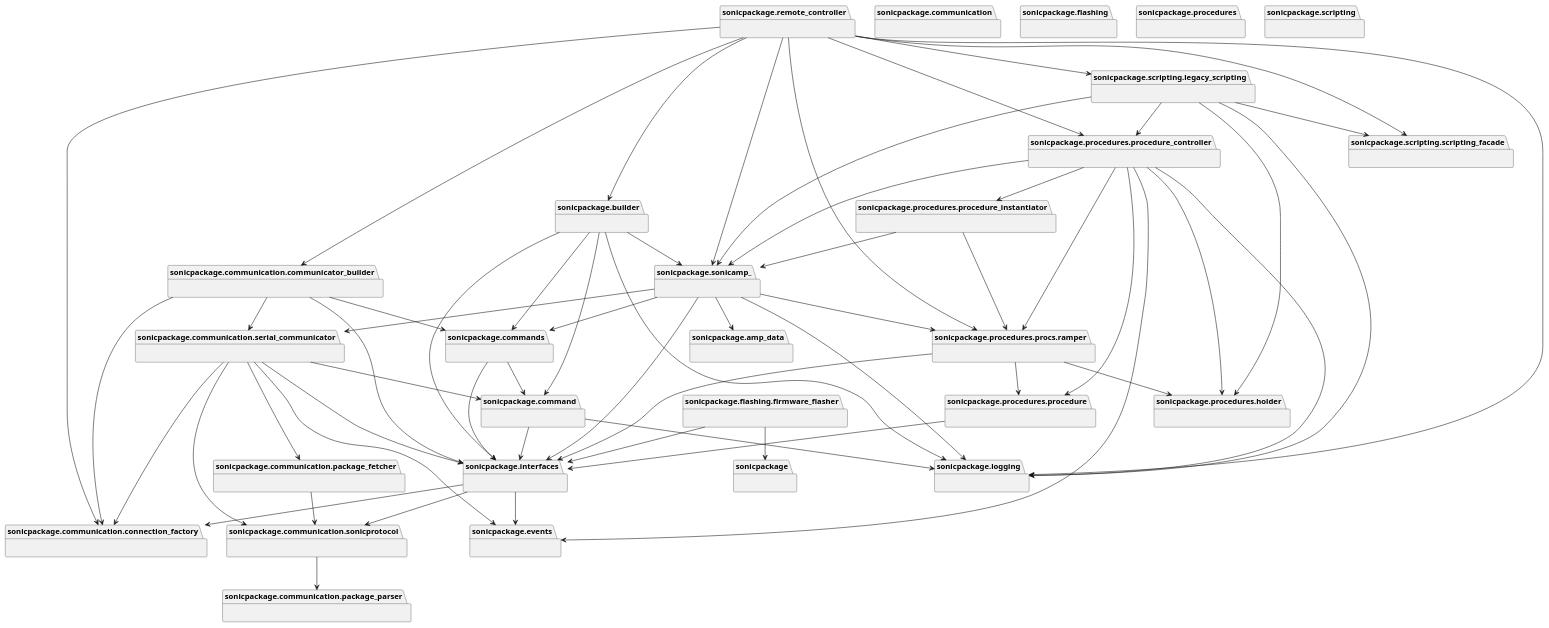
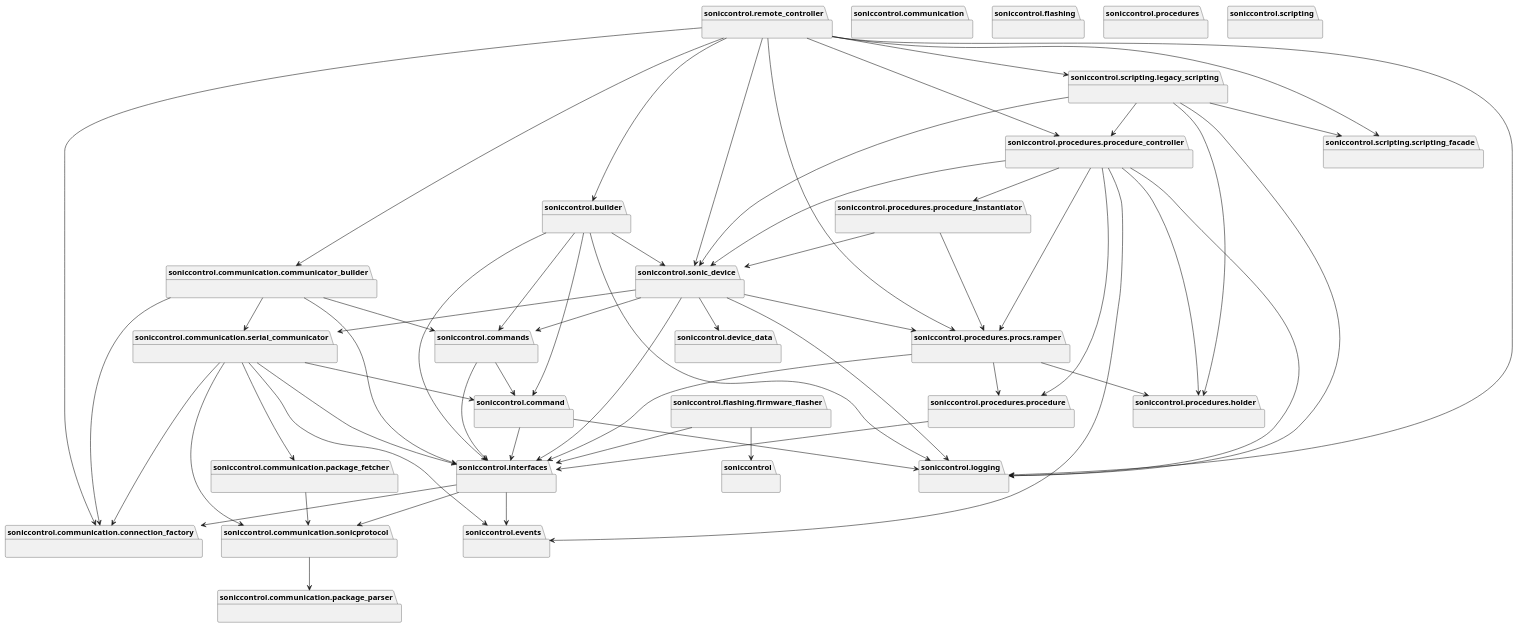
Before and after one commit to usepat/soniccontrol: the diagram in docs/diagrams/generated/packages_sonicpackage.puml, drawn with PlantUML. The commit also changed 168 other files, not shown here.

Commit message:
Changed names from sonicpackage to soniccontrol and from sonicamp to sonic_device.

```diff
--- a/docs/diagrams/generated/packages_sonicpackage.puml
+++ b/docs/diagrams/generated/packages_sonicpackage.puml
@@ -1,118 +1,118 @@
-@startuml packages_sonicpackage
+@startuml packages_soniccontrol
 set namespaceSeparator none
-package "sonicpackage" as sonicpackage {
+package "soniccontrol" as soniccontrol {
 }
-package "sonicpackage.amp_data" as sonicpackage.amp_data {
+package "soniccontrol.device_data" as soniccontrol.device_data {
 }
-package "sonicpackage.builder" as sonicpackage.builder {
+package "soniccontrol.builder" as soniccontrol.builder {
 }
-package "sonicpackage.command" as sonicpackage.command {
+package "soniccontrol.command" as soniccontrol.command {
 }
-package "sonicpackage.commands" as sonicpackage.commands {
+package "soniccontrol.commands" as soniccontrol.commands {
 }
-package "sonicpackage.communication" as sonicpackage.communication {
+package "soniccontrol.communication" as soniccontrol.communication {
 }
-package "sonicpackage.communication.communicator_builder" as sonicpackage.communication.communicator_builder {
+package "soniccontrol.communication.communicator_builder" as soniccontrol.communication.communicator_builder {
 }
-package "sonicpackage.communication.connection_factory" as sonicpackage.communication.connection_factory {
+package "soniccontrol.communication.connection_factory" as soniccontrol.communication.connection_factory {
 }
-package "sonicpackage.communication.package_fetcher" as sonicpackage.communication.package_fetcher {
+package "soniccontrol.communication.package_fetcher" as soniccontrol.communication.package_fetcher {
 }
-package "sonicpackage.communication.package_parser" as sonicpackage.communication.package_parser {
+package "soniccontrol.communication.package_parser" as soniccontrol.communication.package_parser {
 }
-package "sonicpackage.communication.serial_communicator" as sonicpackage.communication.serial_communicator {
+package "soniccontrol.communication.serial_communicator" as soniccontrol.communication.serial_communicator {
 }
-package "sonicpackage.communication.sonicprotocol" as sonicpackage.communication.sonicprotocol {
+package "soniccontrol.communication.sonicprotocol" as soniccontrol.communication.sonicprotocol {
 }
-package "sonicpackage.events" as sonicpackage.events {
+package "soniccontrol.events" as soniccontrol.events {
 }
-package "sonicpackage.flashing" as sonicpackage.flashing {
+package "soniccontrol.flashing" as soniccontrol.flashing {
 }
-package "sonicpackage.flashing.firmware_flasher" as sonicpackage.flashing.firmware_flasher {
+package "soniccontrol.flashing.firmware_flasher" as soniccontrol.flashing.firmware_flasher {
 }
-package "sonicpackage.interfaces" as sonicpackage.interfaces {
+package "soniccontrol.interfaces" as soniccontrol.interfaces {
 }
-package "sonicpackage.logging" as sonicpackage.logging {
+package "soniccontrol.logging" as soniccontrol.logging {
 }
-package "sonicpackage.procedures" as sonicpackage.procedures {
+package "soniccontrol.procedures" as soniccontrol.procedures {
 }
-package "sonicpackage.procedures.holder" as sonicpackage.procedures.holder {
+package "soniccontrol.procedures.holder" as soniccontrol.procedures.holder {
 }
-package "sonicpackage.procedures.procedure" as sonicpackage.procedures.procedure {
+package "soniccontrol.procedures.procedure" as soniccontrol.procedures.procedure {
 }
-package "sonicpackage.procedures.procedure_controller" as sonicpackage.procedures.procedure_controller {
+package "soniccontrol.procedures.procedure_controller" as soniccontrol.procedures.procedure_controller {
 }
-package "sonicpackage.procedures.procedure_instantiator" as sonicpackage.procedures.procedure_instantiator {
+package "soniccontrol.procedures.procedure_instantiator" as soniccontrol.procedures.procedure_instantiator {
 }
-package "sonicpackage.procedures.procs.ramper" as sonicpackage.procedures.procs.ramper {
+package "soniccontrol.procedures.procs.ramper" as soniccontrol.procedures.procs.ramper {
 }
-package "sonicpackage.remote_controller" as sonicpackage.remote_controller {
+package "soniccontrol.remote_controller" as soniccontrol.remote_controller {
 }
-package "sonicpackage.scripting" as sonicpackage.scripting {
+package "soniccontrol.scripting" as soniccontrol.scripting {
 }
-package "sonicpackage.scripting.legacy_scripting" as sonicpackage.scripting.legacy_scripting {
+package "soniccontrol.scripting.legacy_scripting" as soniccontrol.scripting.legacy_scripting {
 }
-package "sonicpackage.scripting.scripting_facade" as sonicpackage.scripting.scripting_facade {
+package "soniccontrol.scripting.scripting_facade" as soniccontrol.scripting.scripting_facade {
 }
-package "sonicpackage.sonicamp_" as sonicpackage.sonicamp_ {
+package "soniccontrol.sonic_device" as soniccontrol.sonic_device {
 }
-sonicpackage.builder --> sonicpackage.command
-sonicpackage.builder --> sonicpackage.commands
-sonicpackage.builder --> sonicpackage.interfaces
-sonicpackage.builder --> sonicpackage.logging
-sonicpackage.builder --> sonicpackage.sonicamp_
-sonicpackage.command --> sonicpackage.interfaces
-sonicpackage.command --> sonicpackage.logging
-sonicpackage.commands --> sonicpackage.command
-sonicpackage.commands --> sonicpackage.interfaces
-sonicpackage.communication.communicator_builder --> sonicpackage.commands
-sonicpackage.communication.communicator_builder --> sonicpackage.communication.connection_factory
-sonicpackage.communication.communicator_builder --> sonicpackage.communication.serial_communicator
-sonicpackage.communication.communicator_builder --> sonicpackage.interfaces
-sonicpackage.communication.package_fetcher --> sonicpackage.communication.sonicprotocol
-sonicpackage.communication.serial_communicator --> sonicpackage.command
-sonicpackage.communication.serial_communicator --> sonicpackage.communication.connection_factory
-sonicpackage.communication.serial_communicator --> sonicpackage.communication.package_fetcher
-sonicpackage.communication.serial_communicator --> sonicpackage.communication.sonicprotocol
-sonicpackage.communication.serial_communicator --> sonicpackage.events
-sonicpackage.communication.serial_communicator --> sonicpackage.interfaces
-sonicpackage.communication.sonicprotocol --> sonicpackage.communication.package_parser
-sonicpackage.flashing.firmware_flasher --> sonicpackage
-sonicpackage.flashing.firmware_flasher --> sonicpackage.interfaces
-sonicpackage.interfaces --> sonicpackage.communication.connection_factory
-sonicpackage.interfaces --> sonicpackage.communication.sonicprotocol
-sonicpackage.interfaces --> sonicpackage.events
-sonicpackage.procedures.procedure --> sonicpackage.interfaces
-sonicpackage.procedures.procedure_controller --> sonicpackage.events
-sonicpackage.procedures.procedure_controller --> sonicpackage.logging
-sonicpackage.procedures.procedure_controller --> sonicpackage.procedures.holder
-sonicpackage.procedures.procedure_controller --> sonicpackage.procedures.procedure
-sonicpackage.procedures.procedure_controller --> sonicpackage.procedures.procedure_instantiator
-sonicpackage.procedures.procedure_controller --> sonicpackage.procedures.procs.ramper
-sonicpackage.procedures.procedure_controller --> sonicpackage.sonicamp_
-sonicpackage.procedures.procedure_instantiator --> sonicpackage.procedures.procs.ramper
-sonicpackage.procedures.procedure_instantiator --> sonicpackage.sonicamp_
-sonicpackage.procedures.procs.ramper --> sonicpackage.interfaces
-sonicpackage.procedures.procs.ramper --> sonicpackage.procedures.holder
-sonicpackage.procedures.procs.ramper --> sonicpackage.procedures.procedure
-sonicpackage.remote_controller --> sonicpackage.builder
-sonicpackage.remote_controller --> sonicpackage.communication.communicator_builder
-sonicpackage.remote_controller --> sonicpackage.communication.connection_factory
-sonicpackage.remote_controller --> sonicpackage.logging
-sonicpackage.remote_controller --> sonicpackage.procedures.procedure_controller
-sonicpackage.remote_controller --> sonicpackage.procedures.procs.ramper
-sonicpackage.remote_controller --> sonicpackage.scripting.legacy_scripting
-sonicpackage.remote_controller --> sonicpackage.scripting.scripting_facade
-sonicpackage.remote_controller --> sonicpackage.sonicamp_
-sonicpackage.scripting.legacy_scripting --> sonicpackage.logging
-sonicpackage.scripting.legacy_scripting --> sonicpackage.procedures.holder
-sonicpackage.scripting.legacy_scripting --> sonicpackage.procedures.procedure_controller
-sonicpackage.scripting.legacy_scripting --> sonicpackage.scripting.scripting_facade
-sonicpackage.scripting.legacy_scripting --> sonicpackage.sonicamp_
-sonicpackage.sonicamp_ --> sonicpackage.amp_data
-sonicpackage.sonicamp_ --> sonicpackage.commands
-sonicpackage.sonicamp_ --> sonicpackage.communication.serial_communicator
-sonicpackage.sonicamp_ --> sonicpackage.interfaces
-sonicpackage.sonicamp_ --> sonicpackage.logging
-sonicpackage.sonicamp_ --> sonicpackage.procedures.procs.ramper
+soniccontrol.builder --> soniccontrol.command
+soniccontrol.builder --> soniccontrol.commands
+soniccontrol.builder --> soniccontrol.interfaces
+soniccontrol.builder --> soniccontrol.logging
+soniccontrol.builder --> soniccontrol.sonic_device
+soniccontrol.command --> soniccontrol.interfaces
+soniccontrol.command --> soniccontrol.logging
+soniccontrol.commands --> soniccontrol.command
+soniccontrol.commands --> soniccontrol.interfaces
+soniccontrol.communication.communicator_builder --> soniccontrol.commands
+soniccontrol.communication.communicator_builder --> soniccontrol.communication.connection_factory
+soniccontrol.communication.communicator_builder --> soniccontrol.communication.serial_communicator
+soniccontrol.communication.communicator_builder --> soniccontrol.interfaces
+soniccontrol.communication.package_fetcher --> soniccontrol.communication.sonicprotocol
+soniccontrol.communication.serial_communicator --> soniccontrol.command
+soniccontrol.communication.serial_communicator --> soniccontrol.communication.connection_factory
+soniccontrol.communication.serial_communicator --> soniccontrol.communication.package_fetcher
+soniccontrol.communication.serial_communicator --> soniccontrol.communication.sonicprotocol
+soniccontrol.communication.serial_communicator --> soniccontrol.events
+soniccontrol.communication.serial_communicator --> soniccontrol.interfaces
+soniccontrol.communication.sonicprotocol --> soniccontrol.communication.package_parser
+soniccontrol.flashing.firmware_flasher --> soniccontrol
+soniccontrol.flashing.firmware_flasher --> soniccontrol.interfaces
+soniccontrol.interfaces --> soniccontrol.communication.connection_factory
+soniccontrol.interfaces --> soniccontrol.communication.sonicprotocol
+soniccontrol.interfaces --> soniccontrol.events
+soniccontrol.procedures.procedure --> soniccontrol.interfaces
+soniccontrol.procedures.procedure_controller --> soniccontrol.events
+soniccontrol.procedures.procedure_controller --> soniccontrol.logging
+soniccontrol.procedures.procedure_controller --> soniccontrol.procedures.holder
+soniccontrol.procedures.procedure_controller --> soniccontrol.procedures.procedure
+soniccontrol.procedures.procedure_controller --> soniccontrol.procedures.procedure_instantiator
+soniccontrol.procedures.procedure_controller --> soniccontrol.procedures.procs.ramper
+soniccontrol.procedures.procedure_controller --> soniccontrol.sonic_device
+soniccontrol.procedures.procedure_instantiator --> soniccontrol.procedures.procs.ramper
+soniccontrol.procedures.procedure_instantiator --> soniccontrol.sonic_device
+soniccontrol.procedures.procs.ramper --> soniccontrol.interfaces
+soniccontrol.procedures.procs.ramper --> soniccontrol.procedures.holder
+soniccontrol.procedures.procs.ramper --> soniccontrol.procedures.procedure
+soniccontrol.remote_controller --> soniccontrol.builder
+soniccontrol.remote_controller --> soniccontrol.communication.communicator_builder
+soniccontrol.remote_controller --> soniccontrol.communication.connection_factory
+soniccontrol.remote_controller --> soniccontrol.logging
+soniccontrol.remote_controller --> soniccontrol.procedures.procedure_controller
+soniccontrol.remote_controller --> soniccontrol.procedures.procs.ramper
+soniccontrol.remote_controller --> soniccontrol.scripting.legacy_scripting
+soniccontrol.remote_controller --> soniccontrol.scripting.scripting_facade
+soniccontrol.remote_controller --> soniccontrol.sonic_device
+soniccontrol.scripting.legacy_scripting --> soniccontrol.logging
+soniccontrol.scripting.legacy_scripting --> soniccontrol.procedures.holder
+soniccontrol.scripting.legacy_scripting --> soniccontrol.procedures.procedure_controller
+soniccontrol.scripting.legacy_scripting --> soniccontrol.scripting.scripting_facade
+soniccontrol.scripting.legacy_scripting --> soniccontrol.sonic_device
+soniccontrol.sonic_device --> soniccontrol.device_data
+soniccontrol.sonic_device --> soniccontrol.commands
+soniccontrol.sonic_device --> soniccontrol.communication.serial_communicator
+soniccontrol.sonic_device --> soniccontrol.interfaces
+soniccontrol.sonic_device --> soniccontrol.logging
+soniccontrol.sonic_device --> soniccontrol.procedures.procs.ramper
 @enduml
```
